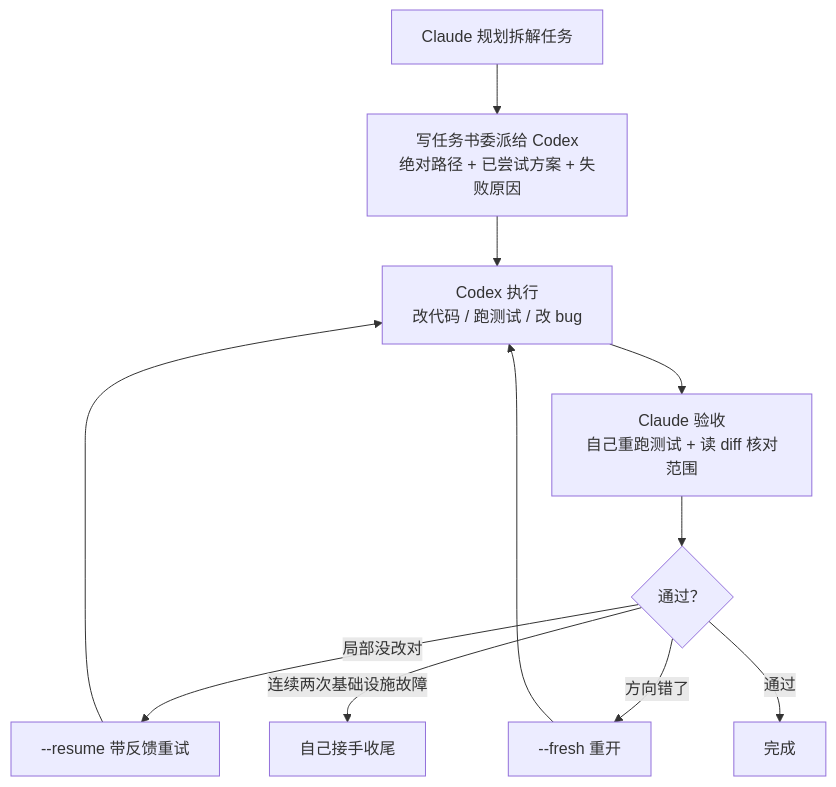
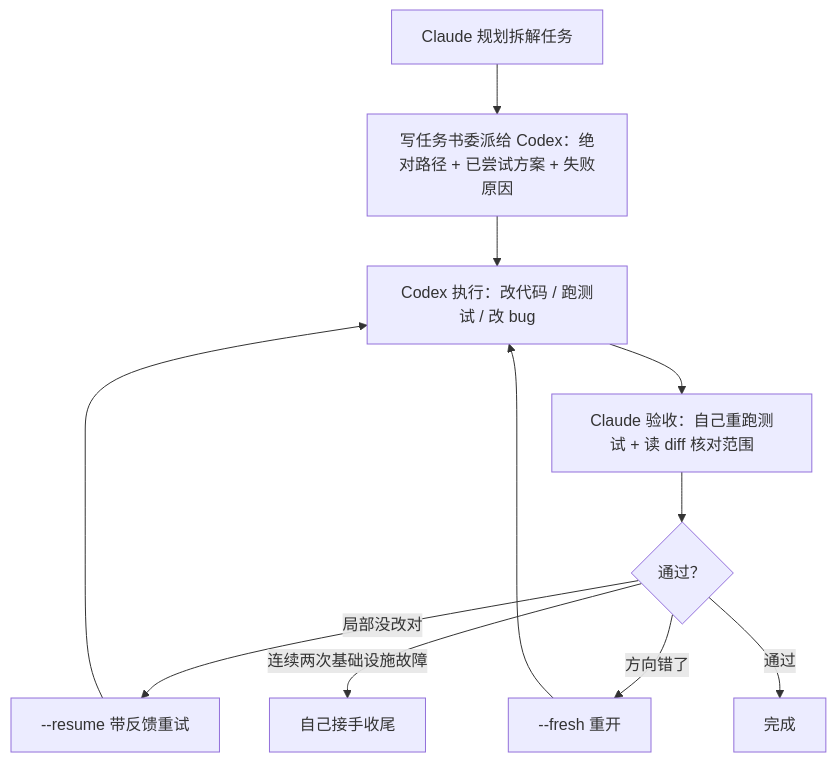
One commit to jiayx01/codex-claude-skills changed the second of 2 diagrams in README.zh-CN.md. Above: the diagram before and after it, drawn with Mermaid. The commit also changed other lines of this file and 1 other file, not shown here.

First line of the commit message:
Fix mermaid node text: <br/> was silently dropped by the renderer

````diff
--- a/README.zh-CN.md
+++ b/README.zh-CN.md
@@ -47,13 +47,13 @@
 ```mermaid
 flowchart TD
-    A["Claude 规划拆解任务"] --> B["写任务书委派给 Codex<br/>绝对路径 + 已尝试方案 + 失败原因"]
-    B --> C["Codex 执行<br/>改代码 / 跑测试 / 改 bug"]
-    C --> D["Claude 验收<br/>自己重跑测试 + 读 diff 核对范围"]
+    A["Claude 规划拆解任务"] --> B["写任务书委派给 Codex：绝对路径 + 已尝试方案 + 失败原因"]
+    B --> C["Codex 执行：改代码 / 跑测试 / 改 bug"]
+    C --> D["Claude 验收：自己重跑测试 + 读 diff 核对范围"]
     D --> E{"通过？"}
     E -->|局部没改对| F["--resume 带反馈重试"]
     E -->|方向错了| G["--fresh 重开"]
     E -->|连续两次基础设施故障| H["自己接手收尾"]
     E -->|通过| I["完成"]
     F --> C
     G --> C
 ```
````
